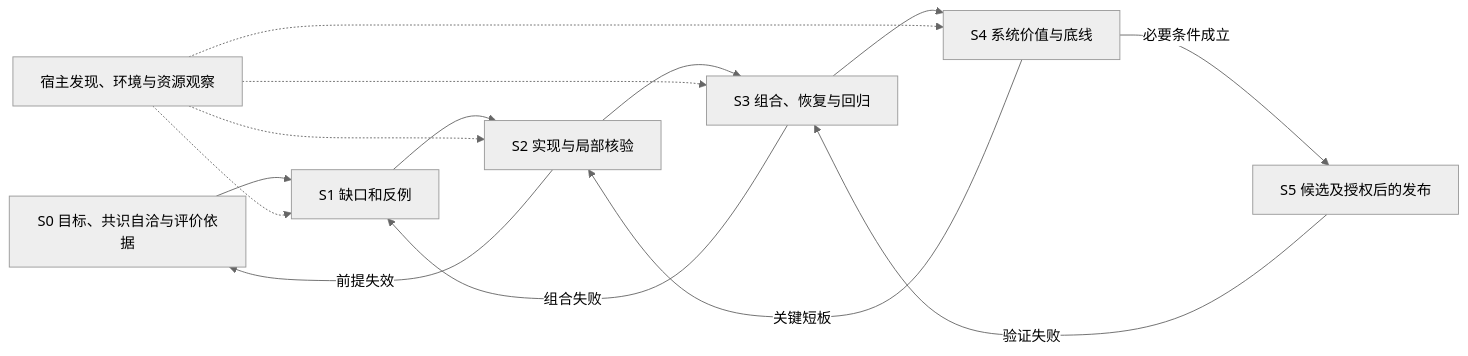
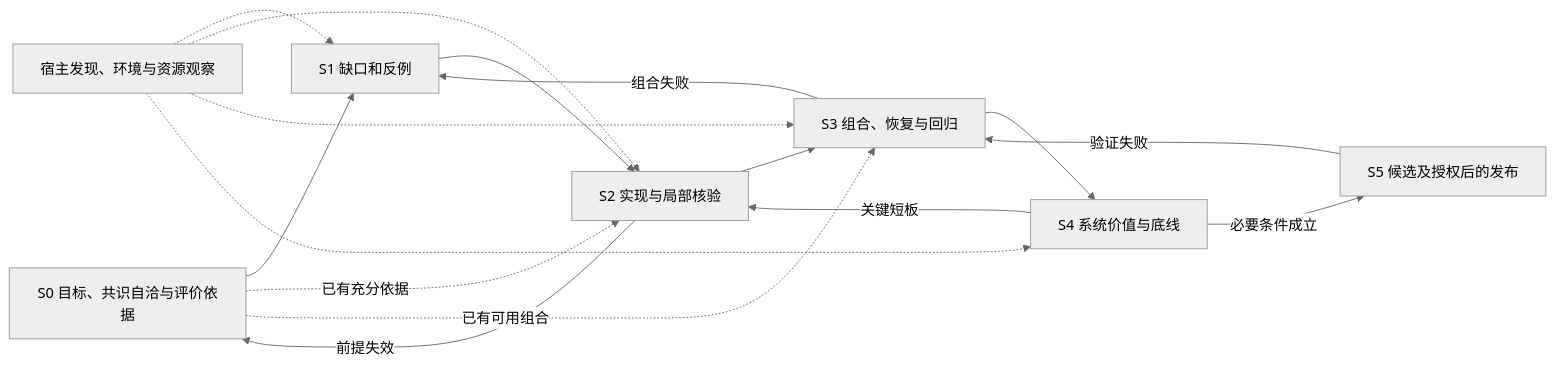
One commit to yiheng8023/YIYUAN-Accord changed the second of 2 diagrams in docs/operations/PLAN-v3.3.md. Above: the diagram before and after it, drawn with Mermaid (neutral theme). The commit also changed other lines of this file and 5 other files, not shown here.

````diff
--- a/docs/operations/PLAN-v3.3.md
+++ b/docs/operations/PLAN-v3.3.md
@@ -306,16 +307,18 @@
 ```mermaid
 flowchart LR
     S0[S0 目标、共识自洽与评价依据] --> S1[S1 缺口和反例]
     S1 --> S2[S2 实现与局部核验]
+    S0 -.已有充分依据.-> S2
+    S0 -.已有可用组合.-> S3
     S2 --> S3[S3 组合、恢复与回归]
     S3 --> S4[S4 系统价值与底线]
     S4 -->|必要条件成立| S5[S5 候选及授权后的发布]
     S2 -->|前提失效| S0
     S3 -->|组合失败| S1
     S4 -->|关键短板| S2
     S5 -->|验证失败| S3
     D[宿主发现、环境与资源观察] -.-> S1
     D -.-> S2
     D -.-> S3
     D -.-> S4
 ```
````
